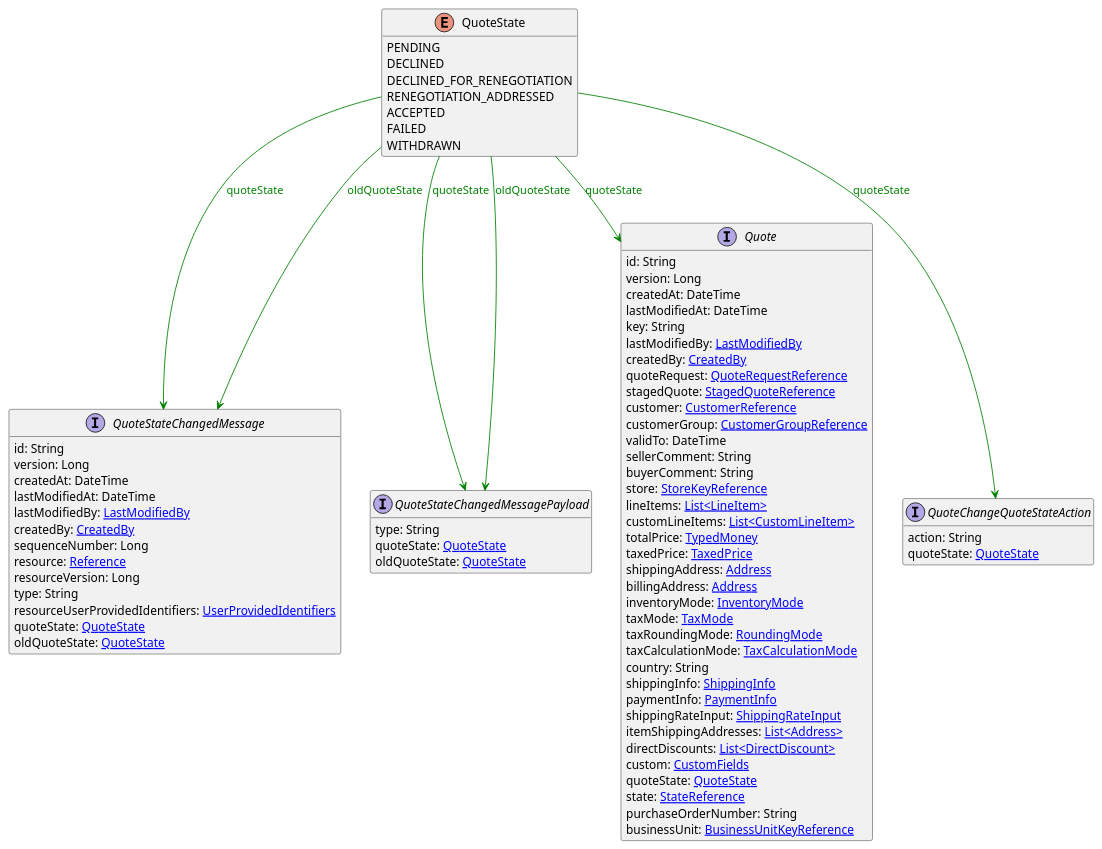
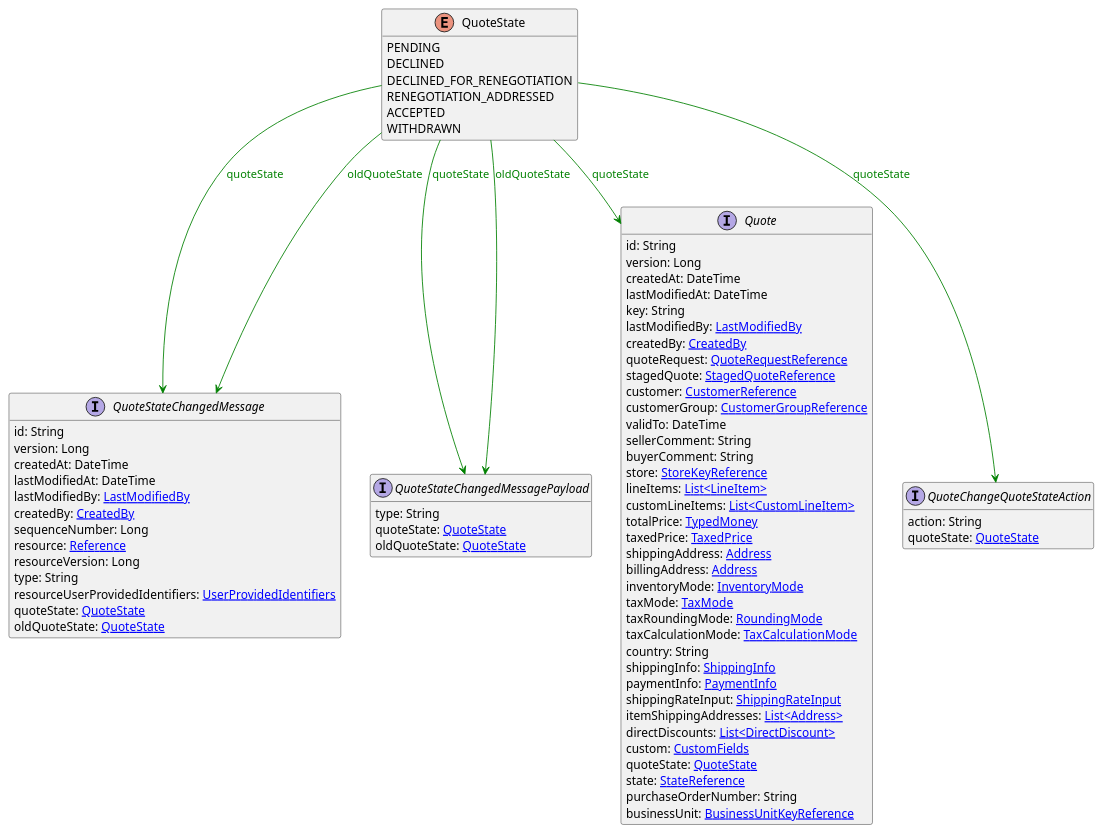
The diagram in uml/api/QuoteState.puml (commercetools/commercetools-api-reference), drawn with PlantUML before and after one commit. The commit also changed 2 other files, not shown here.

```diff
--- a/uml/api/QuoteState.puml
+++ b/uml/api/QuoteState.puml
@@ -1,81 +1,80 @@
 @startuml
 
 hide methods
 enum QuoteState {
     PENDING
     DECLINED
     DECLINED_FOR_RENEGOTIATION
     RENEGOTIATION_ADDRESSED
     ACCEPTED
-    FAILED
     WITHDRAWN
 }
 interface QuoteStateChangedMessage [[QuoteStateChangedMessage.svg]]  {
     id: String
     version: Long
     createdAt: DateTime
     lastModifiedAt: DateTime
     lastModifiedBy: [[LastModifiedBy.svg LastModifiedBy]]
     createdBy: [[CreatedBy.svg CreatedBy]]
     sequenceNumber: Long
     resource: [[Reference.svg Reference]]
     resourceVersion: Long
     type: String
     resourceUserProvidedIdentifiers: [[UserProvidedIdentifiers.svg UserProvidedIdentifiers]]
     quoteState: [[QuoteState.svg QuoteState]]
     oldQuoteState: [[QuoteState.svg QuoteState]]
 }
 interface QuoteStateChangedMessagePayload [[QuoteStateChangedMessagePayload.svg]]  {
     type: String
     quoteState: [[QuoteState.svg QuoteState]]
     oldQuoteState: [[QuoteState.svg QuoteState]]
 }
 interface Quote [[Quote.svg]]  {
     id: String
     version: Long
     createdAt: DateTime
     lastModifiedAt: DateTime
     key: String
     lastModifiedBy: [[LastModifiedBy.svg LastModifiedBy]]
     createdBy: [[CreatedBy.svg CreatedBy]]
     quoteRequest: [[QuoteRequestReference.svg QuoteRequestReference]]
     stagedQuote: [[StagedQuoteReference.svg StagedQuoteReference]]
     customer: [[CustomerReference.svg CustomerReference]]
     customerGroup: [[CustomerGroupReference.svg CustomerGroupReference]]
     validTo: DateTime
     sellerComment: String
     buyerComment: String
     store: [[StoreKeyReference.svg StoreKeyReference]]
     lineItems: [[LineItem.svg List<LineItem>]]
     customLineItems: [[CustomLineItem.svg List<CustomLineItem>]]
     totalPrice: [[TypedMoney.svg TypedMoney]]
     taxedPrice: [[TaxedPrice.svg TaxedPrice]]
     shippingAddress: [[Address.svg Address]]
     billingAddress: [[Address.svg Address]]
     inventoryMode: [[InventoryMode.svg InventoryMode]]
     taxMode: [[TaxMode.svg TaxMode]]
     taxRoundingMode: [[RoundingMode.svg RoundingMode]]
     taxCalculationMode: [[TaxCalculationMode.svg TaxCalculationMode]]
     country: String
     shippingInfo: [[ShippingInfo.svg ShippingInfo]]
     paymentInfo: [[PaymentInfo.svg PaymentInfo]]
     shippingRateInput: [[ShippingRateInput.svg ShippingRateInput]]
     itemShippingAddresses: [[Address.svg List<Address>]]
     directDiscounts: [[DirectDiscount.svg List<DirectDiscount>]]
     custom: [[CustomFields.svg CustomFields]]
     quoteState: [[QuoteState.svg QuoteState]]
     state: [[StateReference.svg StateReference]]
     purchaseOrderNumber: String
     businessUnit: [[BusinessUnitKeyReference.svg BusinessUnitKeyReference]]
 }
 interface QuoteChangeQuoteStateAction [[QuoteChangeQuoteStateAction.svg]]  {
     action: String
     quoteState: [[QuoteState.svg QuoteState]]
 }
 QuoteState --> QuoteStateChangedMessage #green;text:green : "quoteState"
 QuoteState --> QuoteStateChangedMessage #green;text:green : "oldQuoteState"
 QuoteState --> QuoteStateChangedMessagePayload #green;text:green : "quoteState"
 QuoteState --> QuoteStateChangedMessagePayload #green;text:green : "oldQuoteState"
 QuoteState --> Quote #green;text:green : "quoteState"
 QuoteState --> QuoteChangeQuoteStateAction #green;text:green : "quoteState"
 @enduml
```
